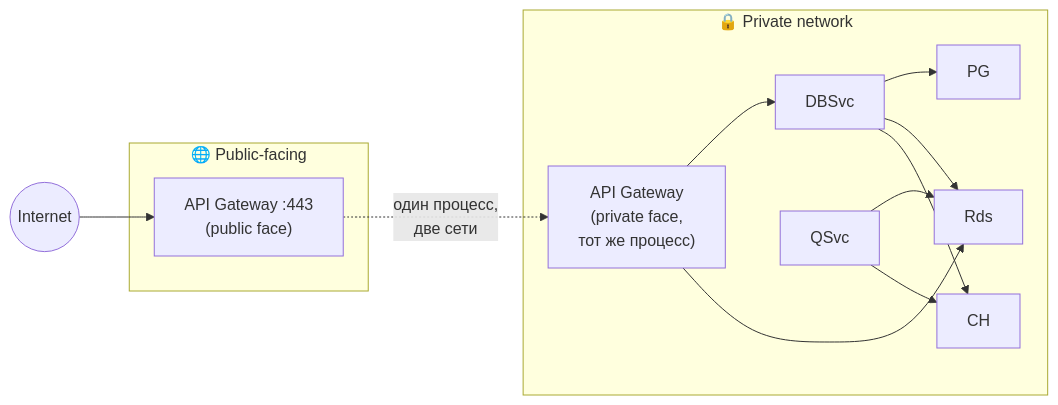
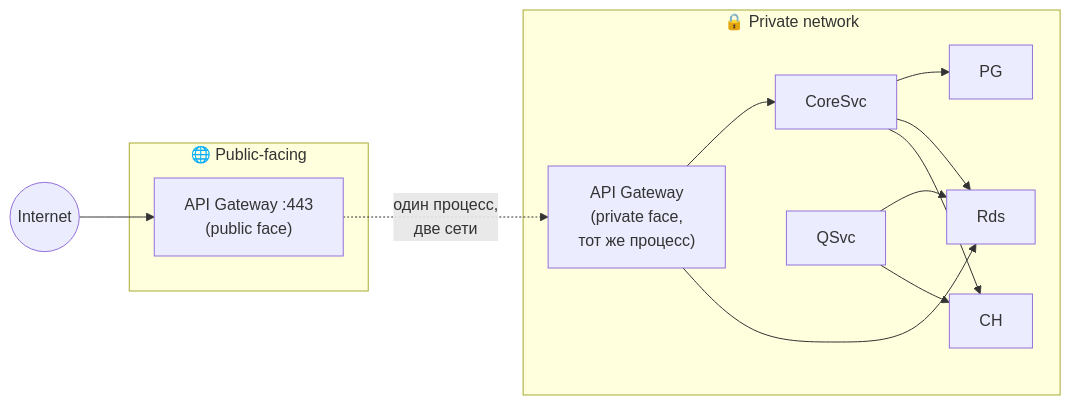
One commit to r4m63/Stockyard changed the third of 3 diagrams in docs/architecture/02-containers.md. Above: the diagram before and after it, drawn with Mermaid. The commit also changed other lines of this file and 26 other files, not shown here.

````diff
--- a/docs/architecture/02-containers.md
+++ b/docs/architecture/02-containers.md
@@ -159,27 +159,27 @@
 ```mermaid
 graph LR
     Internet((Internet))
 
     subgraph Public["🌐 Public-facing"]
         GWp["API Gateway :443<br/>(public face)"]
     end
 
     subgraph Private["🔒 Private network"]
         GWi["API Gateway<br/>(private face,<br/>тот же процесс)"]
-        DBSvc
+        CoreSvc
         QSvc
         PG
         Rds
         CH
     end
 
     Internet --> GWp
     GWp -.->|"один процесс,<br/>две сети"| GWi
-    GWi --> DBSvc
+    GWi --> CoreSvc
     GWi --> Rds
     QSvc --> Rds
     QSvc --> CH
-    DBSvc --> PG
-    DBSvc --> Rds
-    DBSvc --> CH
+    CoreSvc --> PG
+    CoreSvc --> Rds
+    CoreSvc --> CH
 ```
````
